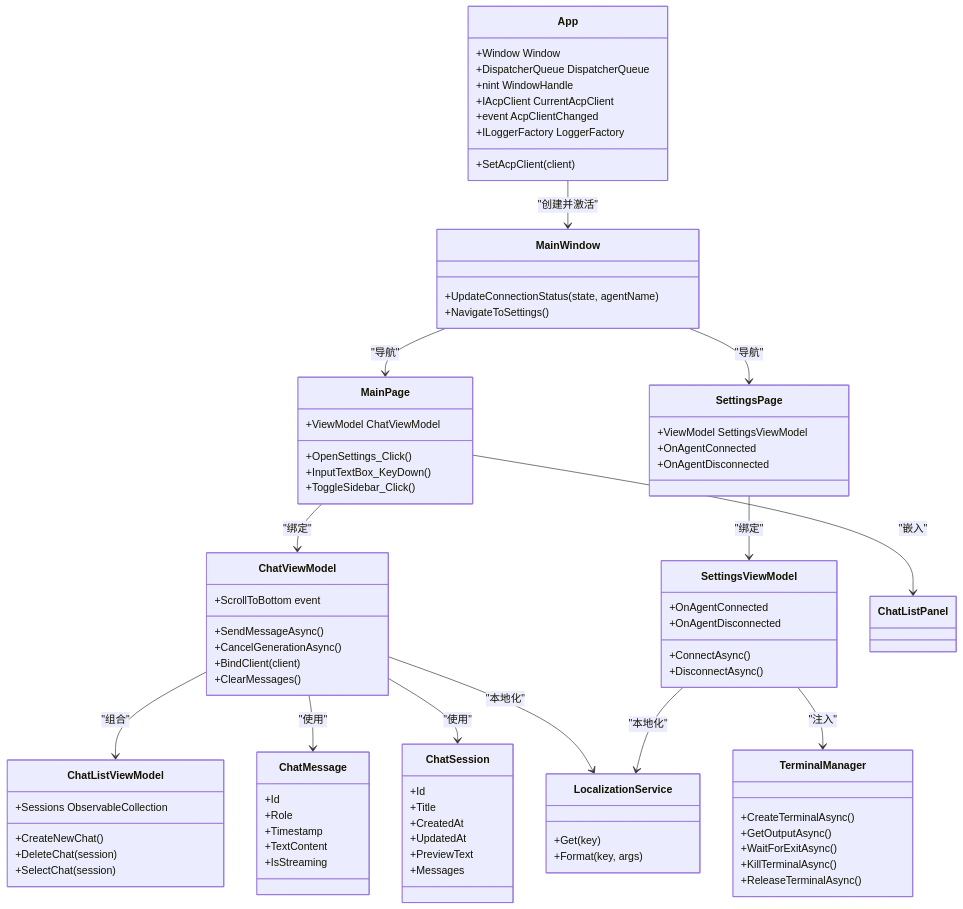
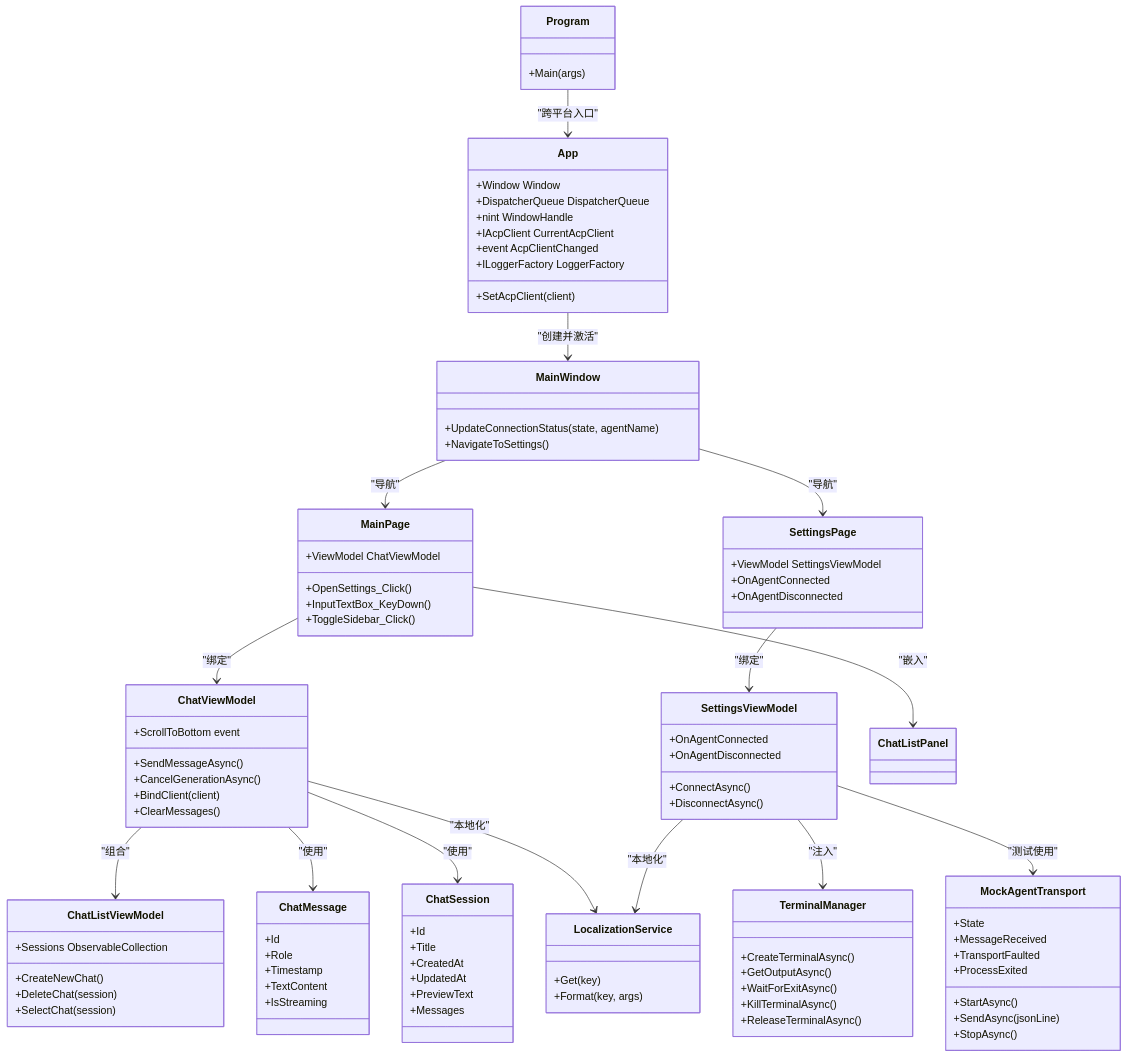
The second of 6 diagrams in .qoder/repowiki/zh/content/开发指南/项目结构/项目结构.md (AgenticDesktop/App), drawn with Mermaid before and after one commit. The commit also changed other lines of this file and 108 other files, not shown here.

````diff
--- a/.qoder/repowiki/zh/content/开发指南/项目结构/项目结构.md
+++ b/.qoder/repowiki/zh/content/开发指南/项目结构/项目结构.md
@@ -254,6 +310,18 @@
 +KillTerminalAsync()
 +ReleaseTerminalAsync()
 }
+class MockAgentTransport {
++StartAsync()
++SendAsync(jsonLine)
++StopAsync()
++State
++MessageReceived
++TransportFaulted
++ProcessExited
+}
+class Program {
++Main(args)
+}
 App --> MainWindow : "创建并激活"
 MainWindow --> MainPage : "导航"
 MainWindow --> SettingsPage : "导航"
@@ -264,6 +332,8 @@
 ChatViewModel --> ChatSession : "使用"
 SettingsPage --> SettingsViewModel : "绑定"
 SettingsViewModel --> TerminalManager : "注入"
+SettingsViewModel --> MockAgentTransport : "测试使用"
 ChatViewModel --> LocalizationService : "本地化"
 SettingsViewModel --> LocalizationService : "本地化"
+Program --> App : "跨平台入口"
 ```
````
